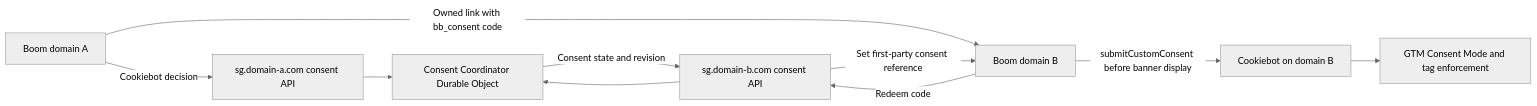
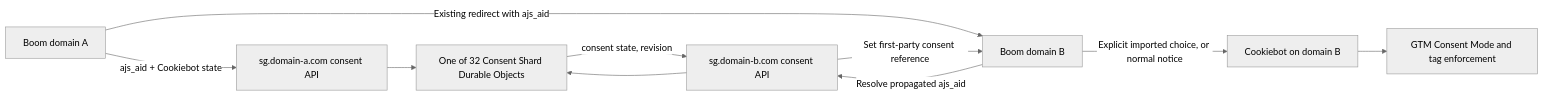
The diagram in COOKIEBOT_CROSS_DOMAIN_CONSENT_PLAN.md (adeolaemmanuelmorren/booming-bookkeeping), drawn with Mermaid (neutral theme) before and after one commit. The commit also changed other lines of this file and 197 other files, not shown here.

````diff
--- a/COOKIEBOT_CROSS_DOMAIN_CONSENT_PLAN.md
+++ b/COOKIEBOT_CROSS_DOMAIN_CONSENT_PLAN.md
@@ -75,12 +76,12 @@
 ```mermaid
 flowchart LR
-    A["Boom domain A"] -->|"Cookiebot decision"| W1["sg.domain-a.com consent API"]
-    W1 --> S["Consent Coordinator Durable Object"]
-    A -->|"Owned link with bb_consent code"| B["Boom domain B"]
-    B -->|"Redeem code"| W2["sg.domain-b.com consent API"]
+    A["Boom domain A"] -->|"ajs_aid + Cookiebot state"| W1["sg.domain-a.com consent API"]
+    W1 --> S["One of 32 Consent Shard Durable Objects"]
+    A -->|"Existing redirect with ajs_aid"| B["Boom domain B"]
+    B -->|"Resolve propagated ajs_aid"| W2["sg.domain-b.com consent API"]
     W2 --> S
-    S -->|"Consent state and revision"| W2
+    S -->|"consent state, revision"| W2
     W2 -->|"Set first-party consent reference"| B
-    B -->|"submitCustomConsent before banner display"| C["Cookiebot on domain B"]
+    B -->|"Explicit imported choice, or normal notice"| C["Cookiebot on domain B"]
     C --> G["GTM Consent Mode and tag enforcement"]
 ```
````
